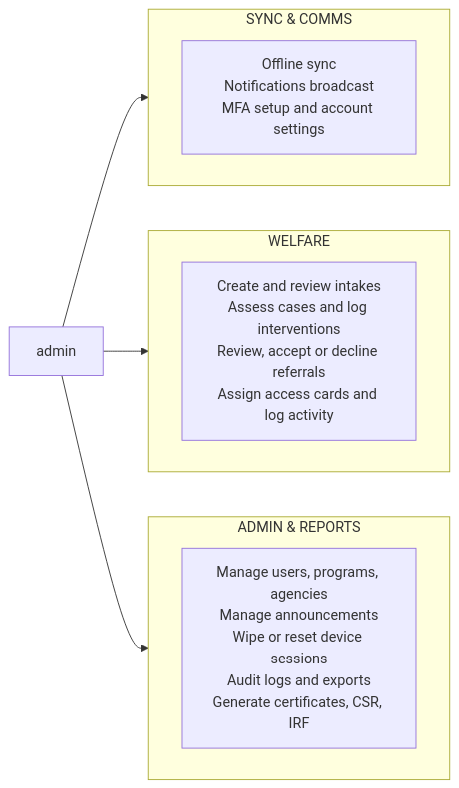
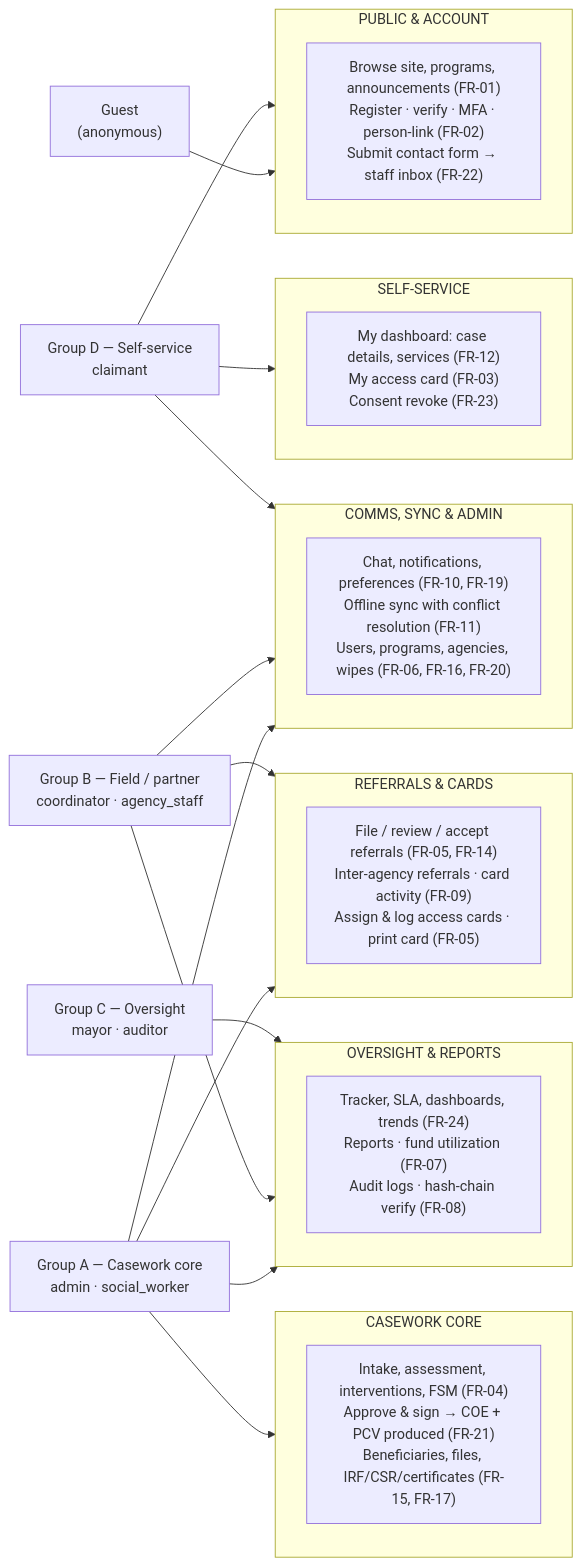
One commit to urlsalimbot/THESIS1-KAPWA changed the diagram in docs/diagrams/02-use-case-diagram.md. Above: the diagram before and after it, drawn with Mermaid. The commit also changed other lines of this file and 6 other files, not shown here.

Commit message:
docs: add AWS deployment + role-matrix guides, refresh diagrams

````diff
--- a/docs/diagrams/02-use-case-diagram.md
+++ b/docs/diagrams/02-use-case-diagram.md
@@ -148,23 +54,51 @@
 ```mermaid
 flowchart LR
-    AD["admin"]
+    G["Guest<br/>(anonymous)"]
+    A["Group A — Casework core<br/>admin · social_worker"]
+    B["Group B — Field / partner<br/>coordinator · agency_staff"]
+    C["Group C — Oversight<br/>mayor · auditor"]
+    D["Group D — Self-service<br/>claimant"]
 
-    subgraph AdminMgmt[ADMIN & REPORTS]
-        direction LR
-        A1["Manage users, programs, agencies<br/>Manage announcements<br/>Wipe or reset device sessions<br/>Audit logs and exports<br/>Generate certificates, CSR, IRF"]
+    subgraph UC1[PUBLIC & ACCOUNT]
+        direction TB
+        U1["Browse site, programs, announcements (FR-01)<br/>Register · verify · MFA · person-link (FR-02)<br/>Submit contact form → staff inbox (FR-22)"]
     end
 
-    subgraph Welfare[WELFARE]
-        direction LR
-        A2["Create and review intakes<br/>Assess cases and log interventions<br/>Review, accept or decline referrals<br/>Assign access cards and log activity"]
+    subgraph UC2[CASEWORK CORE]
+        direction TB
+        U2["Intake, assessment, interventions, FSM (FR-04)<br/>Approve & sign → COE + PCV produced (FR-21)<br/>Beneficiaries, files, IRF/CSR/certificates (FR-15, FR-17)"]
     end
 
-    subgraph SyncComms[SYNC & COMMS]
-        direction LR
-        A3["Offline sync<br/>Notifications broadcast<br/>MFA setup and account settings"]
+    subgraph UC3[REFERRALS & CARDS]
+        direction TB
+        U3["File / review / accept referrals (FR-05, FR-14)<br/>Inter-agency referrals · card activity (FR-09)<br/>Assign & log access cards · print card (FR-05)"]
     end
 
-    AD --> A1
-    AD --> A2
-    AD --> A3
+    subgraph UC4[OVERSIGHT & REPORTS]
+        direction TB
+        U4["Tracker, SLA, dashboards, trends (FR-24)<br/>Reports · fund utilization (FR-07)<br/>Audit logs · hash-chain verify (FR-08)"]
+    end
+
+    subgraph UC5[SELF-SERVICE]
+        direction TB
+        U5["My dashboard: case details, services (FR-12)<br/>My access card (FR-03)<br/>Consent revoke (FR-23)"]
+    end
+
+    subgraph UC6[COMMS, SYNC & ADMIN]
+        direction TB
+        U6["Chat, notifications, preferences (FR-10, FR-19)<br/>Offline sync with conflict resolution (FR-11)<br/>Users, programs, agencies, wipes (FR-06, FR-16, FR-20)"]
+    end
+
+    G --> U1
+    A --> U2
+    A --> U3
+    A --> U4
+    A --> U6
+    B --> U3
+    B --> U4
+    B --> U6
+    C --> U4
+    D --> U1
+    D --> U5
+    D --> U6
 ```
````
